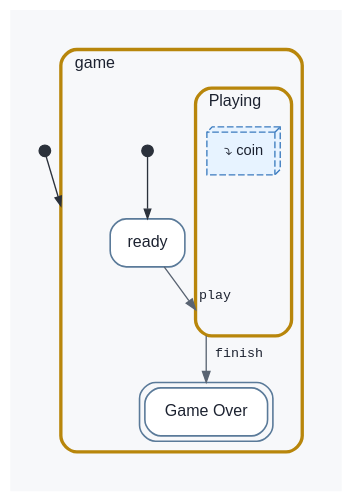
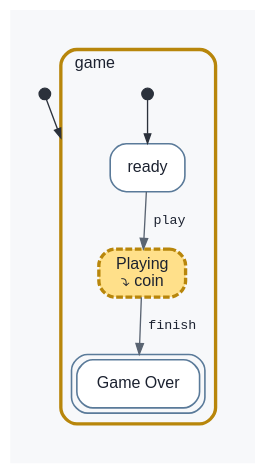
One commit to sheluchin/statechart-viz changed the diagram in doc/invoke.dot. Above: the diagram before and after it, drawn with Graphviz. The commit also changed 5 other files, not shown here.

First line of the commit message:
feat: a state that only invokes is one box, not an empty container

```diff
--- a/doc/invoke.dot
+++ b/doc/invoke.dot
@@ -1,34 +1,25 @@
 digraph statechart {
   compound=true; newrank=true; rankdir=TB;
   bgcolor="#f7f8fa"; pad=0.3; nodesep=0.4; ranksep=0.45;
   fontname="Helvetica"; fontcolor="#1c2230";
   node [fontname="Helvetica" fontsize=12 fontcolor="#1c2230" margin="0.15,0.06"];
   edge [fontname="Courier" fontsize=10 arrowsize=0.8];
   "init_s0" [shape="point" width=0.12 color="#2b313b" fillcolor="#2b313b"];
 subgraph "cluster_s1" {
   id="state:game"; class="sv-container";
   label="game";
   labeljust="l"; labelloc="t"; fontsize=12;
   style="rounded";
   color="#b8860b";
   penwidth=2.5;
   "s1" [shape=point style=invis width=0.01 height=0.01 label=""];
   "init_s1" [shape="point" width=0.12 color="#2b313b" fillcolor="#2b313b"];
   "s2" [color="#5a7a99" fillcolor="#ffffff" penwidth=1.2 style="rounded,filled" label="ready" id="state:game/ready" class="sv-state" shape="box"];
-subgraph "cluster_s3" {
-  id="state:game/playing"; class="sv-container";
-  label="Playing";
-  labeljust="l"; labelloc="t"; fontsize=12;
-  style="rounded";
-  color="#b8860b";
-  penwidth=2.5;
-  "s3" [shape=point style=invis width=0.01 height=0.01 label=""];
-  "inv_s3_0" [id="invoke:statechart-viz.readme/coin" class="sv-invoke" label="⤵ coin" shape="box3d" style="dashed,filled" fillcolor="#e7f3ff" color="#3b7bbf" fontsize=11];
-}
+  "s3" [color="#b8860b" fillcolor="#ffe08a" penwidth=2.5 style="rounded,filled,dashed" label="Playing\n⤵ coin" id="state:game/playing" class="sv-state sv-invokes" shape="box"];
   "s4" [color="#5a7a99" fillcolor="#ffffff" penwidth=1.2 style="rounded,filled" peripheries=2 label="Game Over" id="state:game/over" class="sv-state" shape="box"];
 }
   "init_s0" -> "s1" [lhead="cluster_s1" color="#2b313b" arrowsize=0.7];
   "init_s1" -> "s2" [color="#2b313b" arrowsize=0.7];
-  "s2" -> "s3" [label=" play " lhead="cluster_s3" color="#5a6472" fontcolor="#1c2230"];
-  "s3" -> "s4" [label=" finish " ltail="cluster_s3" color="#5a6472" fontcolor="#1c2230"];
+  "s2" -> "s3" [label=" play " color="#5a6472" fontcolor="#1c2230"];
+  "s3" -> "s4" [label=" finish " color="#5a6472" fontcolor="#1c2230"];
 }
```
